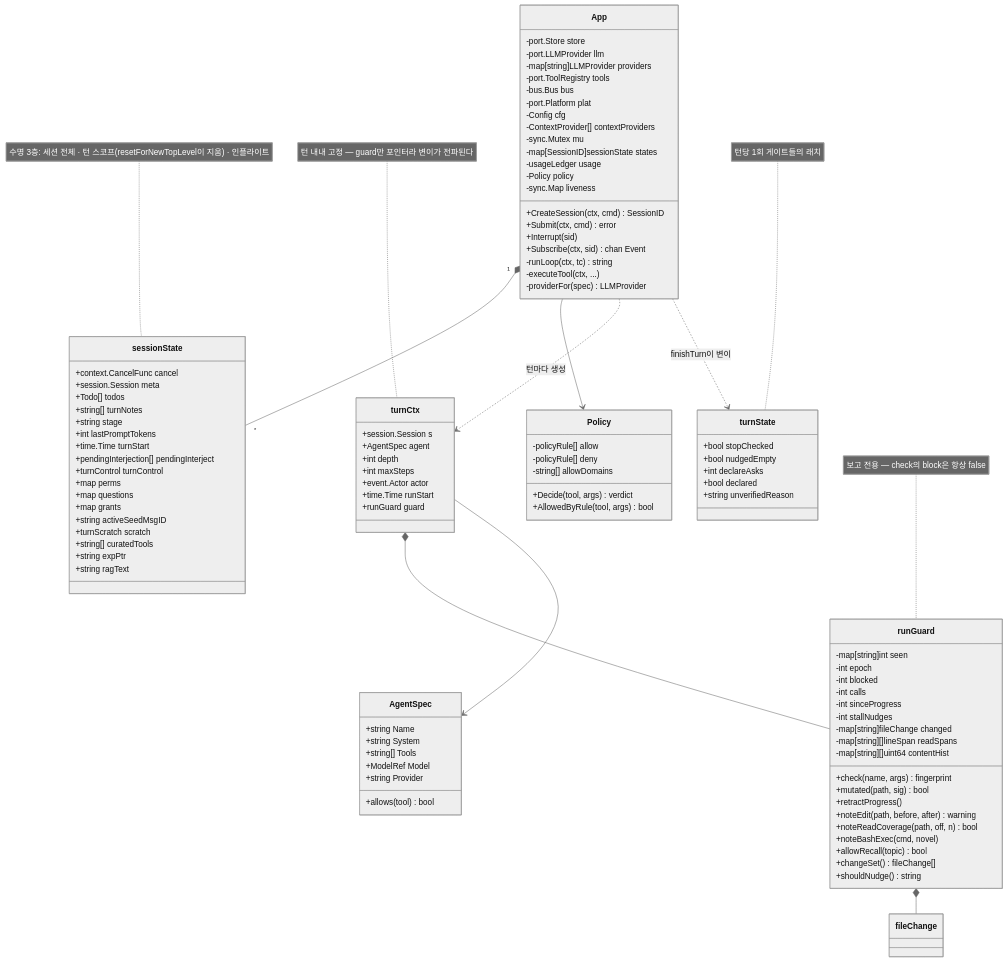
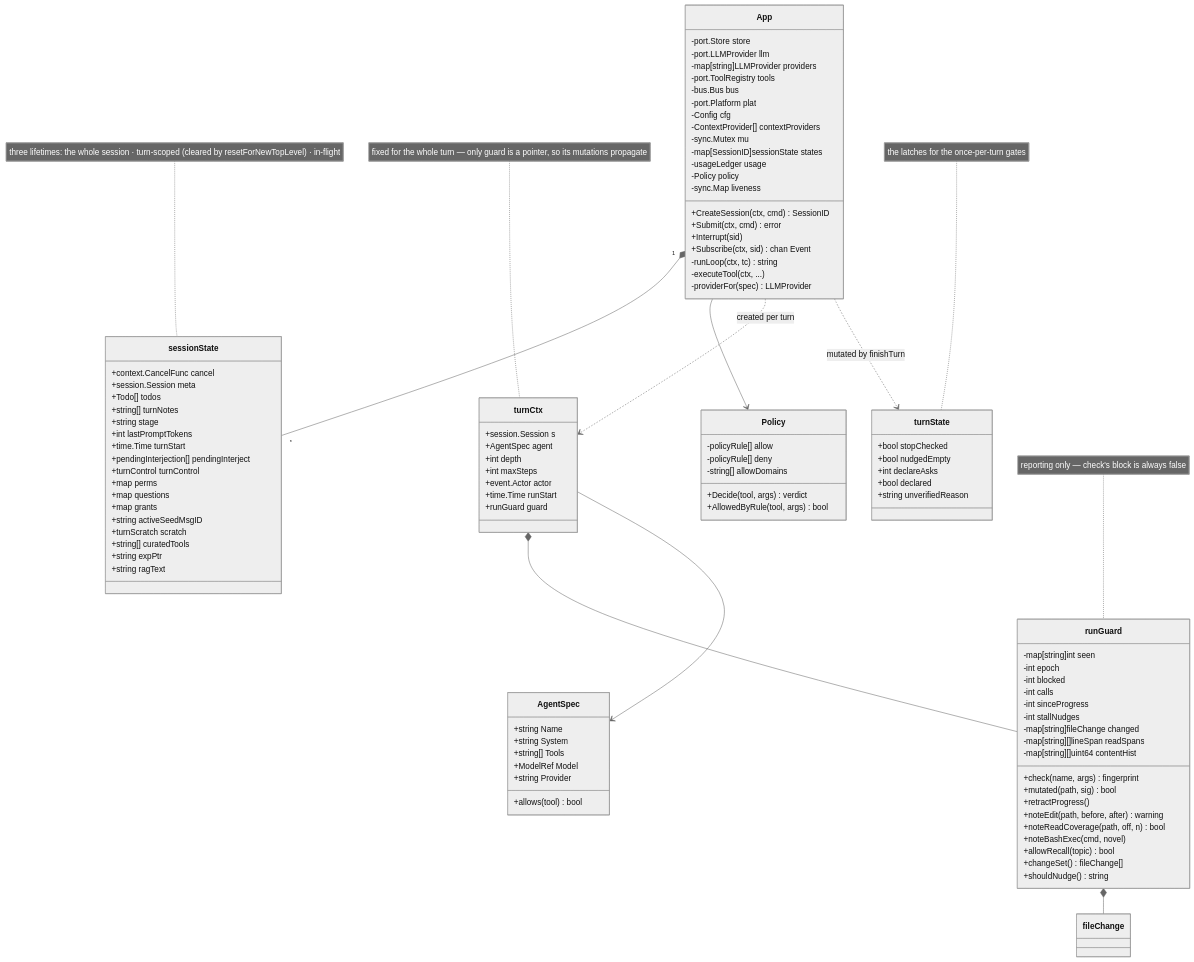
Before and after one commit to sayaya1090/magi: the eighth of 10 diagrams in docs/DIAGRAMS.md, drawn with Mermaid. The commit also changed other lines of this file and 5 other files, not shown here.

First line of the commit message:
docs: split DIAGRAMS into English and Korean

````diff
--- a/docs/DIAGRAMS.md
+++ b/docs/DIAGRAMS.md
@@ -508,7 +519,7 @@
     +string expPtr
     +string ragText
   }
-  note for sessionState "수명 3층: 세션 전체 · 턴 스코프(resetForNewTopLevel이 지움) · 인플라이트"
+  note for sessionState "three lifetimes: the whole session · turn-scoped (cleared by resetForNewTopLevel) · in-flight"
 
   class turnCtx {
     +session.Session s
@@ -519,7 +530,7 @@
     +time.Time runStart
     +runGuard guard
   }
-  note for turnCtx "턴 내내 고정 — guard만 포인터라 변이가 전파된다"
+  note for turnCtx "fixed for the whole turn — only guard is a pointer, so its mutations propagate"
   class turnState {
     +bool stopChecked
     +bool nudgedEmpty
@@ -527,7 +538,7 @@
     +bool declared
     +string unverifiedReason
   }
-  note for turnState "턴당 1회 게이트들의 래치"
+  note for turnState "the latches for the once-per-turn gates"
   class AgentSpec {
     +string Name
     +string System
@@ -557,7 +568,7 @@
     +changeSet() fileChange[]
     +shouldNudge() string
   }
-  note for runGuard "보고 전용 — check의 block은 항상 false"
+  note for runGuard "reporting only — check's block is always false"
   class Policy {
     -policyRule[] allow
     -policyRule[] deny
@@ -568,9 +579,9 @@
 
   App "1" *-- "*" sessionState
   App --> Policy
-  App ..> turnCtx : 턴마다 생성
+  App ..> turnCtx : created per turn
   turnCtx *-- runGuard
   turnCtx --> AgentSpec
-  App ..> turnState : finishTurn이 변이
+  App ..> turnState : mutated by finishTurn
   runGuard *-- fileChange
 ```
````
